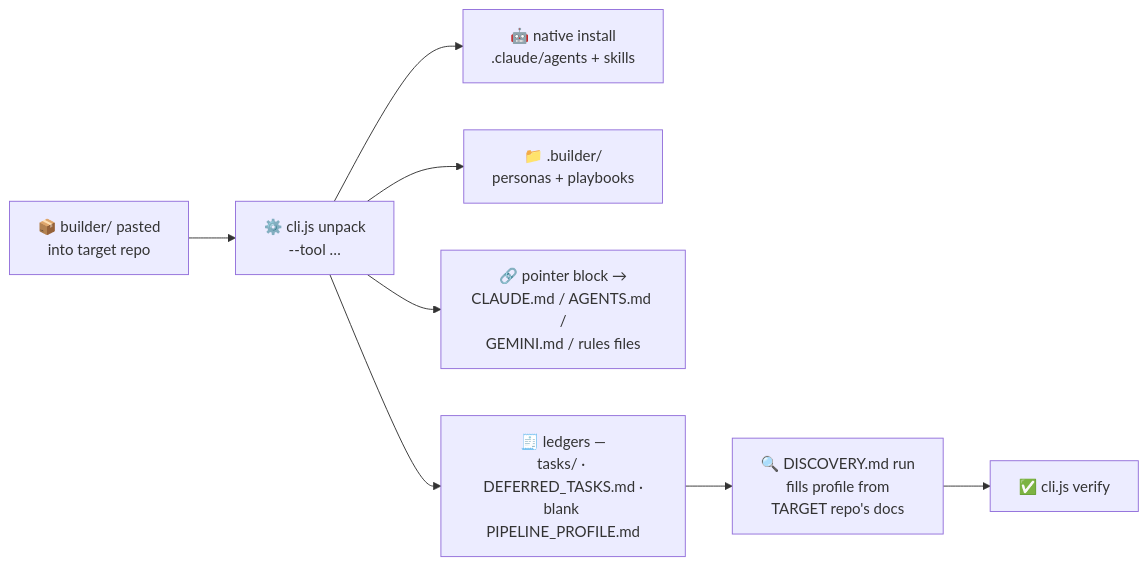
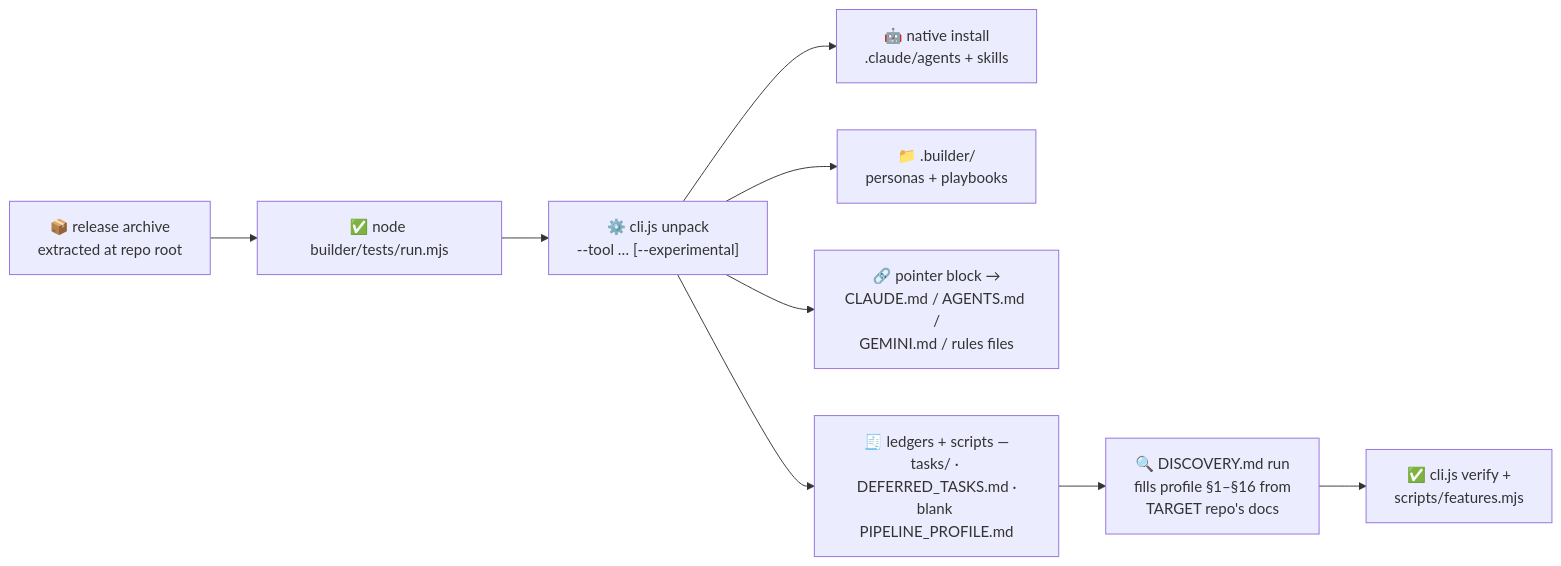
One commit to geopjinfo/builder-pipeline changed the diagram in UNPACK.md. Above: the diagram before and after it, drawn with Mermaid. The commit also changed other lines of this file and 58 other files, not shown here.

First line of the commit message:
feat: 0.12.0 — prose, installer, examples and experiments level with the proven pipeline; the pack tests itself

````diff
--- a/UNPACK.md
+++ b/UNPACK.md
@@ -9,10 +9,11 @@
 ```mermaid
 flowchart LR
-    KIT["📦 builder/ pasted<br/>into target repo"] --> CLI["⚙️ cli.js unpack<br/>--tool …"]
+    ZIP["📦 release archive<br/>extracted at repo root"] --> TEST["✅ node builder/tests/run.mjs"]
+    TEST --> CLI["⚙️ cli.js unpack<br/>--tool … [--experimental]"]
     CLI --> N["🤖 native install<br/>.claude/agents + skills"]
     CLI --> D["📁 .builder/<br/>personas + playbooks"]
     CLI --> PTR["🔗 pointer block →<br/>CLAUDE.md / AGENTS.md /<br/>GEMINI.md / rules files"]
-    CLI --> LED["🧾 ledgers —<br/>tasks/ · DEFERRED_TASKS.md ·<br/>blank PIPELINE_PROFILE.md"]
-    LED --> DISC["🔍 DISCOVERY.md run<br/>fills profile from<br/>TARGET repo's docs"]
-    DISC --> VER["✅ cli.js verify"]
+    CLI --> LED["🧾 ledgers + scripts —<br/>tasks/ · DEFERRED_TASKS.md ·<br/>blank PIPELINE_PROFILE.md"]
+    LED --> DISC["🔍 DISCOVERY.md run<br/>fills profile §1–§16 from<br/>TARGET repo's docs"]
+    DISC --> VER["✅ cli.js verify +<br/>scripts/features.mjs"]
 ```
````
